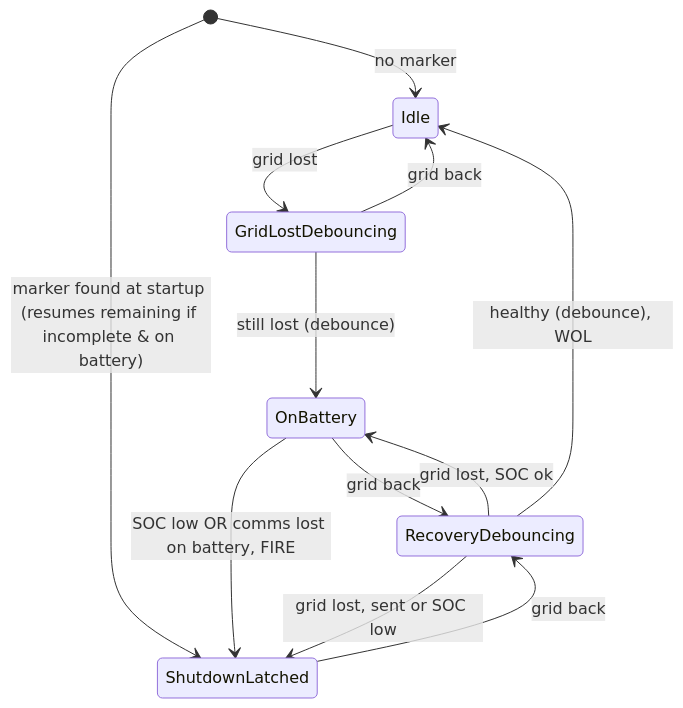
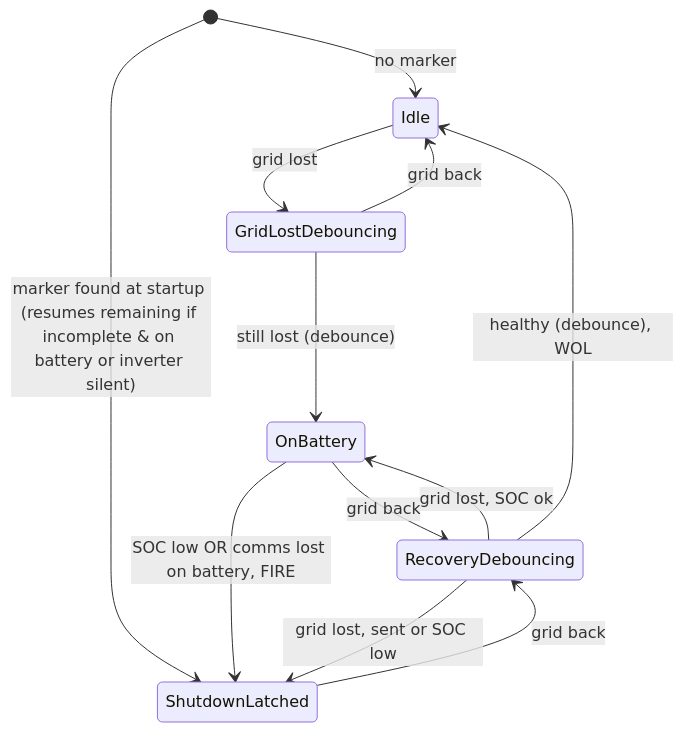
Before and after one commit to dimon757/modbus-ups-nut: the third of 3 diagrams in README.md, drawn with Mermaid. The commit also changed other lines of this file and 10 other files, not shown here.

Commit message:
Resume interrupted shutdown on inverter comms loss, expand Modbus exception handling, and add Scenario X

````diff
--- a/README.md
+++ b/README.md
@@ -107,14 +108,14 @@
 ```mermaid
 stateDiagram-v2
     [*] --> Idle : no marker
-    [*] --> ShutdownLatched : marker found at startup (resumes remaining if incomplete & on battery)
+    [*] --> ShutdownLatched : marker found at startup (resumes remaining if incomplete & on battery or inverter silent)
     Idle --> GridLostDebouncing : grid lost
     GridLostDebouncing --> Idle : grid back
     GridLostDebouncing --> OnBattery : still lost (debounce)
     OnBattery --> RecoveryDebouncing : grid back
     OnBattery --> ShutdownLatched : SOC low OR comms lost on battery, FIRE
     ShutdownLatched --> RecoveryDebouncing : grid back
     RecoveryDebouncing --> ShutdownLatched : grid lost, sent or SOC low
     RecoveryDebouncing --> OnBattery : grid lost, SOC ok
     RecoveryDebouncing --> Idle : healthy (debounce), WOL
 ```
````
